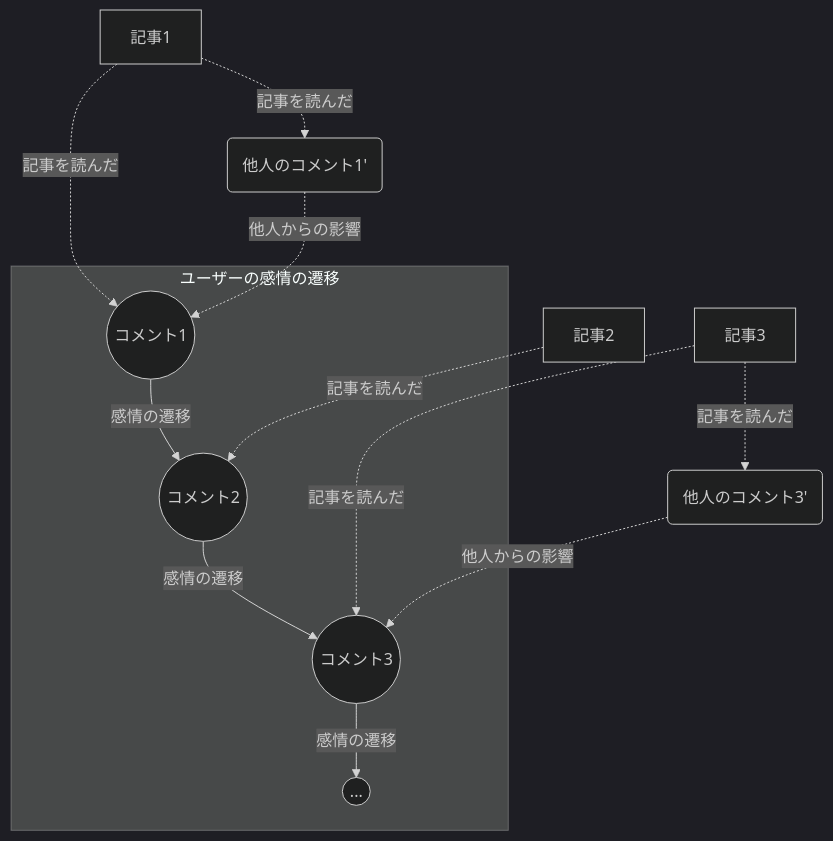
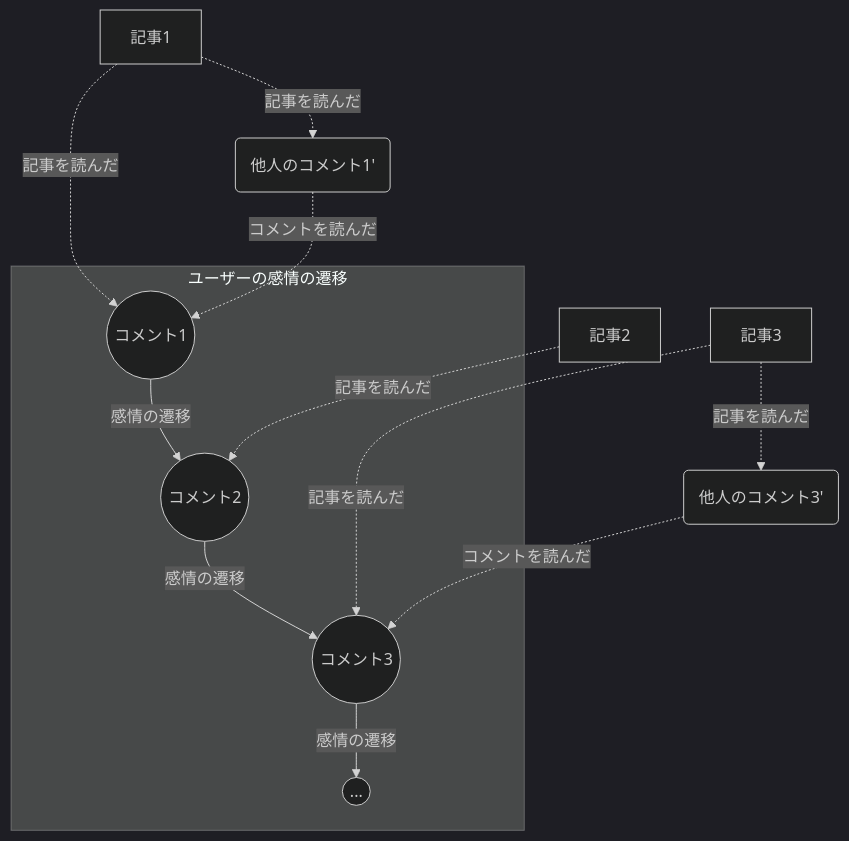
The diagram in memo/memo_simple_model.md (kjqw/yahoo-news-comment-scraper), drawn with Mermaid (dark theme) before and after one commit.

````diff
--- a/memo/memo_simple_model.md
+++ b/memo/memo_simple_model.md
@@ -13,28 +13,28 @@
 ```mermaid
 graph TD
   A1[記事1]
   A2[記事2]
   A3[記事3]
   B1(他人のコメント1')
   B3(他人のコメント3')
   C1((コメント1))
   C2((コメント2))
   C3((コメント3))
   C4((...))
   
   A1 -. 記事を読んだ .-> C1
   A1 -. 記事を読んだ .-> B1
-  B1 -. 他人からの影響 .-> C1
+  B1 -. コメントを読んだ .-> C1
 
   A2 -. 記事を読んだ .-> C2
 
   A3 -. 記事を読んだ .-> C3
   A3 -. 記事を読んだ .-> B3
-  B3 -. 他人からの影響 .-> C3
+  B3 -. コメントを読んだ .-> C3
 
   subgraph ユーザーの感情の遷移
     C1 -- 感情の遷移 --> C2
     C2 -- 感情の遷移 --> C3
     C3 -- 感情の遷移 --> C4
   end
 ```
````
